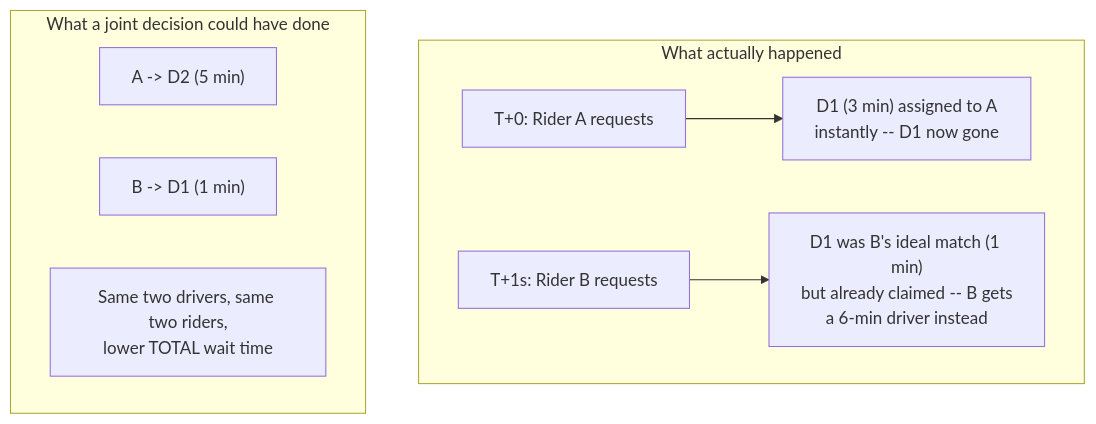
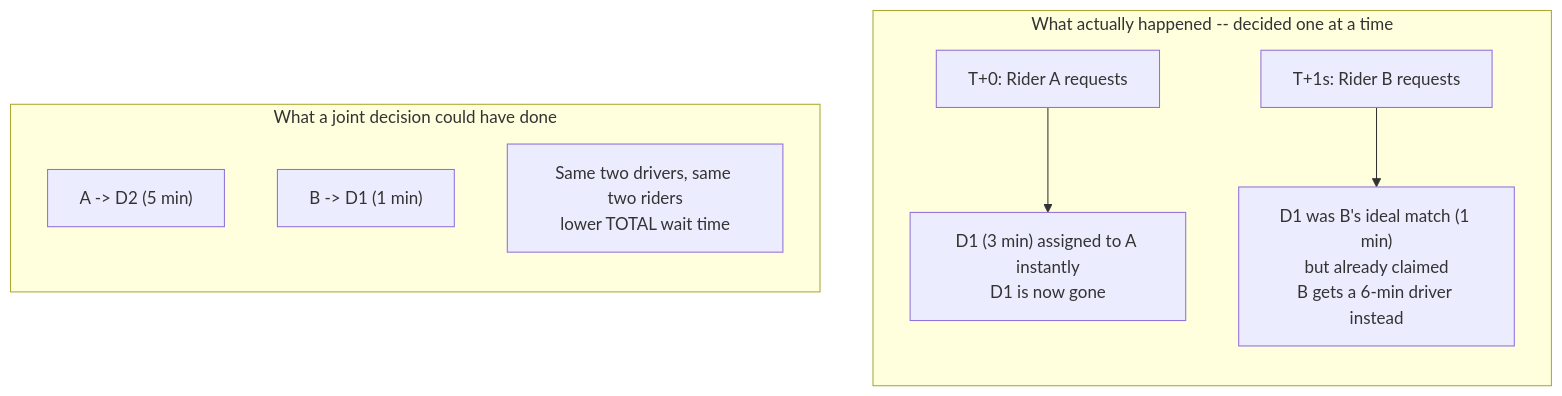
Before and after one commit to riyaz-pasha/Learnings: the second of 11 diagrams in system-design/HLD/0-course/62-Design-Ubers-Driver-Dispatch-System-FAANG-Guide-story.md, drawn with Mermaid. The commit also changed other lines of this file and 1 other file, not shown here.

Commit message:
[REWRITE] Uber Driver Dispatch System story guide: simplify prose, add structure, fix diagrams

````diff
--- a/system-design/HLD/0-course/62-Design-Ubers-Driver-Dispatch-System-FAANG-Guide-story.md
+++ b/system-design/HLD/0-course/62-Design-Ubers-Driver-Dispatch-System-FAANG-Guide-story.md
@@ -107,12 +160,14 @@
 ```mermaid
 flowchart TD
-    subgraph Greedy["What actually happened"]
-        A0["T+0: Rider A requests"] --> D1a["D1 (3 min) assigned to A\ninstantly -- D1 now gone"]
-        B0["T+1s: Rider B requests"] --> D1b["D1 was B's ideal match (1 min)\nbut already claimed -- B gets\na 6-min driver instead"]
+    subgraph Greedy["What actually happened -- decided one at a time"]
+        direction TB
+        A0["T+0: Rider A requests"] --> D1a["D1 (3 min) assigned to A instantly<br/>D1 is now gone"]
+        B0["T+1s: Rider B requests"] --> D1b["D1 was B's ideal match (1 min)<br/>but already claimed<br/>B gets a 6-min driver instead"]
     end
     subgraph Better["What a joint decision could have done"]
+        direction TB
         A1["A -> D2 (5 min)"]
         B1["B -> D1 (1 min)"]
-        Note["Same two drivers, same two riders,\nlower TOTAL wait time"]
+        Note["Same two drivers, same two riders<br/>lower TOTAL wait time"]
     end
 ```
````
